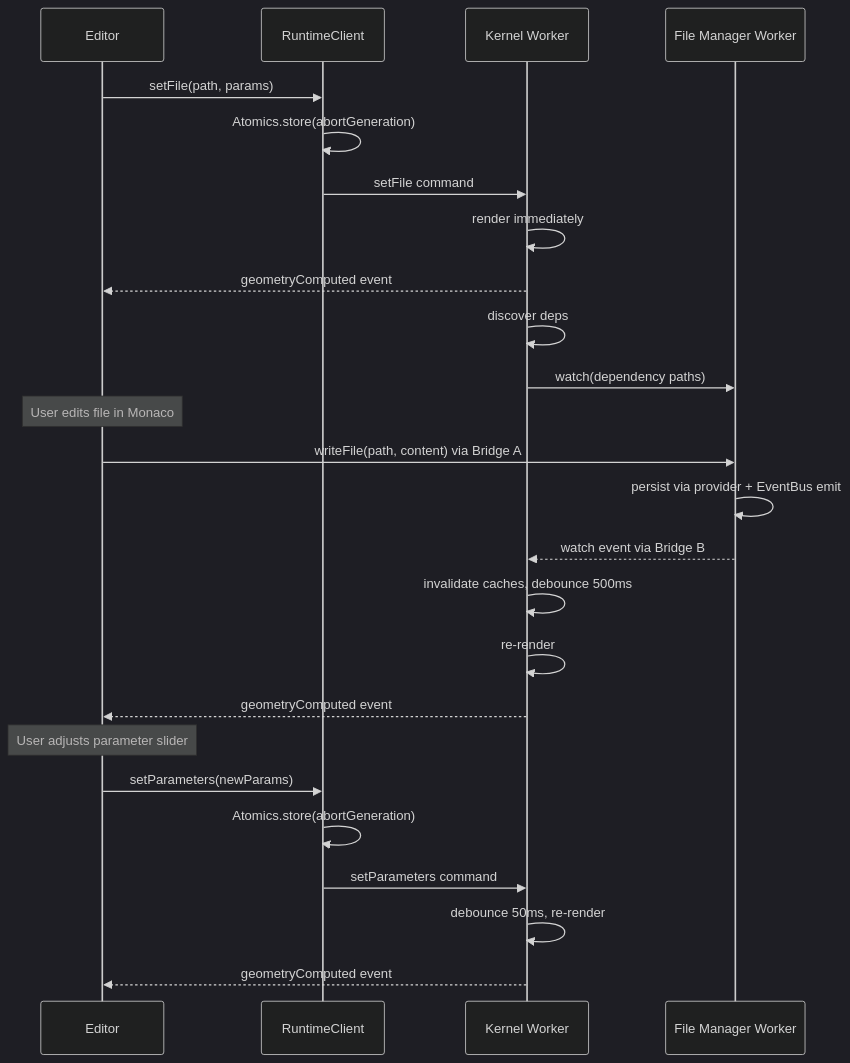
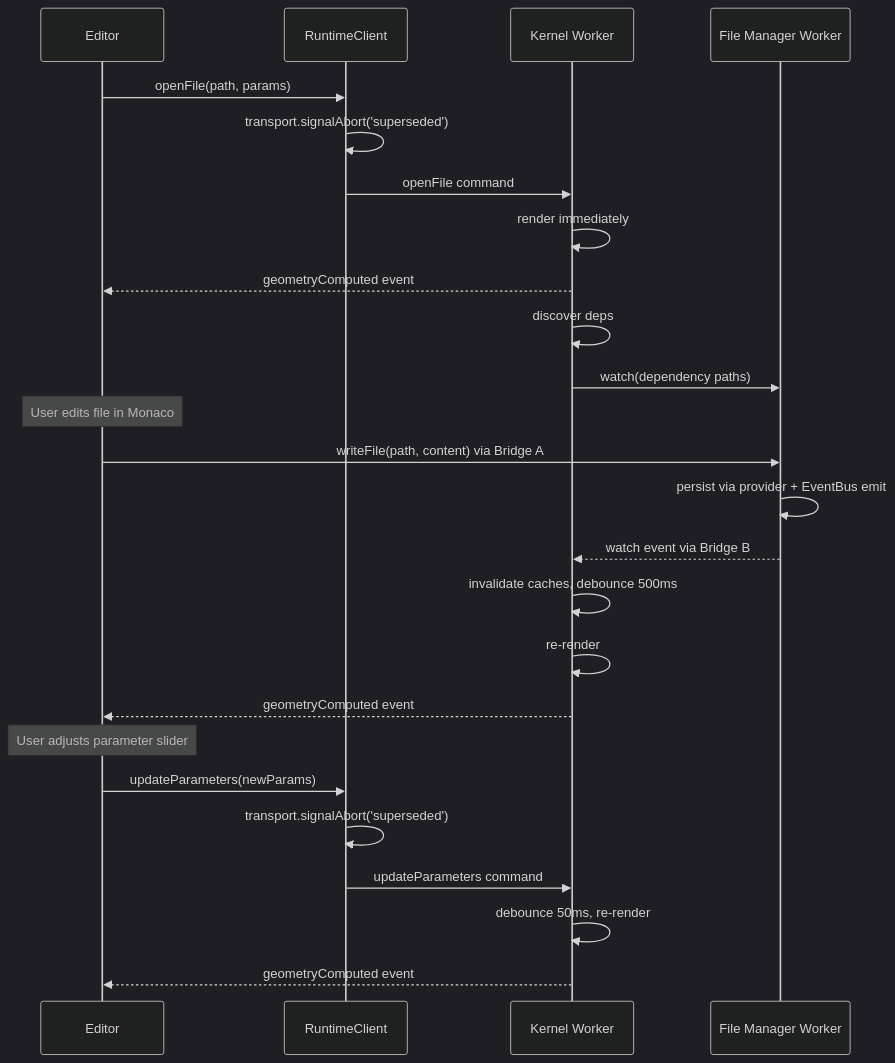
Before and after one commit to ahzs645/tau: the third of 3 diagrams in apps/ui/content/docs/(runtime)/concepts/architecture.mdx, drawn with Mermaid (dark theme). The commit also changed other lines of this file and 54 other files, not shown here.

````diff
--- a/apps/ui/content/docs/(runtime)/concepts/architecture.mdx
+++ b/apps/ui/content/docs/(runtime)/concepts/architecture.mdx
@@ -131,30 +133,30 @@
 ```mermaid
 sequenceDiagram
     participant Editor
     participant Client as RuntimeClient
     participant Worker as Kernel Worker
     participant FSW as File Manager Worker
 
-    Editor->>Client: setFile(path, params)
-    Client->>Client: Atomics.store(abortGeneration)
-    Client->>Worker: setFile command
+    Editor->>Client: openFile(path, params)
+    Client->>Client: transport.signalAbort('superseded')
+    Client->>Worker: openFile command
     Worker->>Worker: render immediately
     Worker-->>Editor: geometryComputed event
     Worker->>Worker: discover deps
     Worker->>FSW: watch(dependency paths)
 
     Note over Editor: User edits file in Monaco
     Editor->>FSW: writeFile(path, content) via Bridge A
     FSW->>FSW: persist via provider + EventBus emit
     FSW-->>Worker: watch event via Bridge B
     Worker->>Worker: invalidate caches, debounce 500ms
     Worker->>Worker: re-render
     Worker-->>Editor: geometryComputed event
 
     Note over Editor: User adjusts parameter slider
-    Editor->>Client: setParameters(newParams)
-    Client->>Client: Atomics.store(abortGeneration)
-    Client->>Worker: setParameters command
+    Editor->>Client: updateParameters(newParams)
+    Client->>Client: transport.signalAbort('superseded')
+    Client->>Worker: updateParameters command
     Worker->>Worker: debounce 50ms, re-render
     Worker-->>Editor: geometryComputed event
 ```
````
